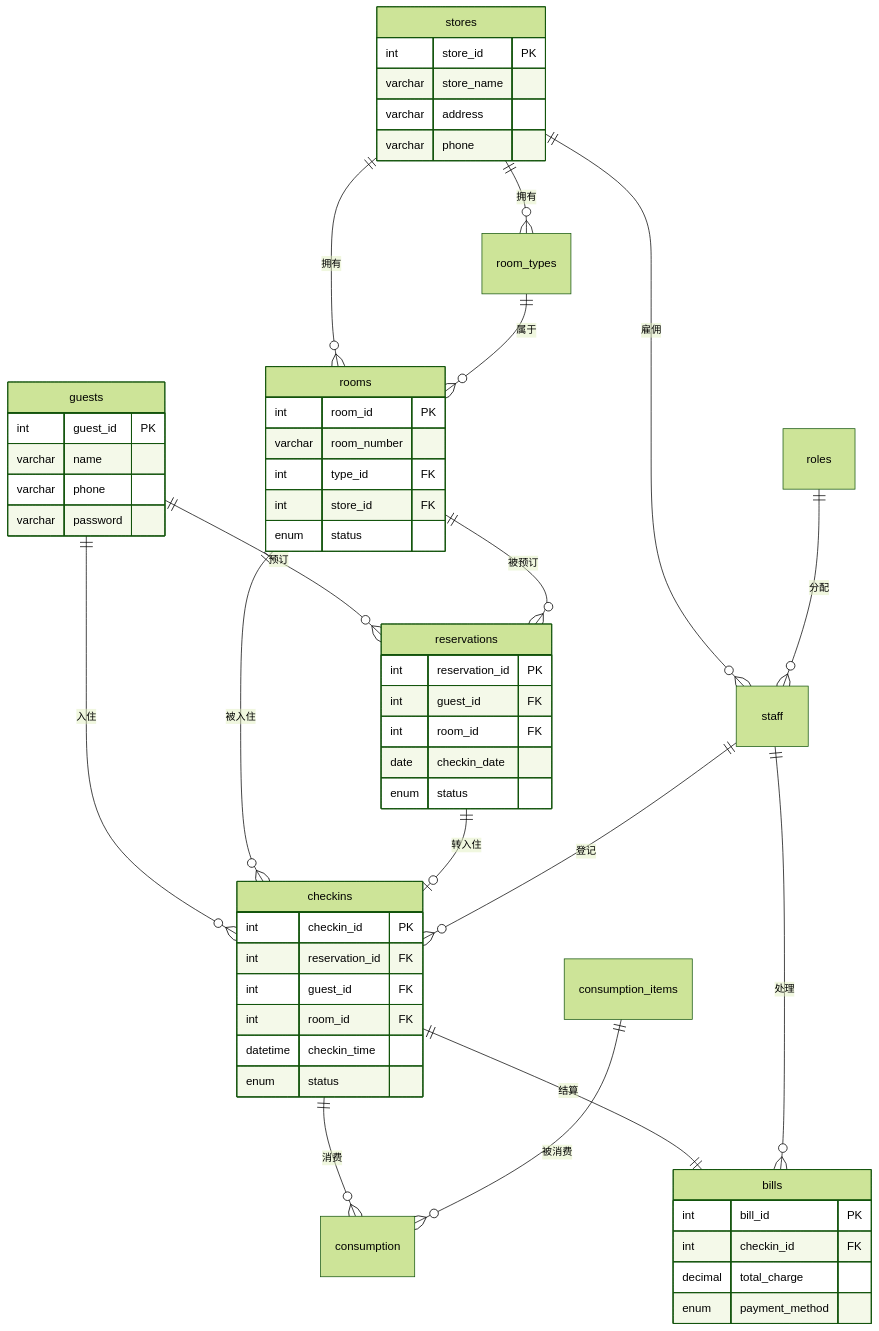
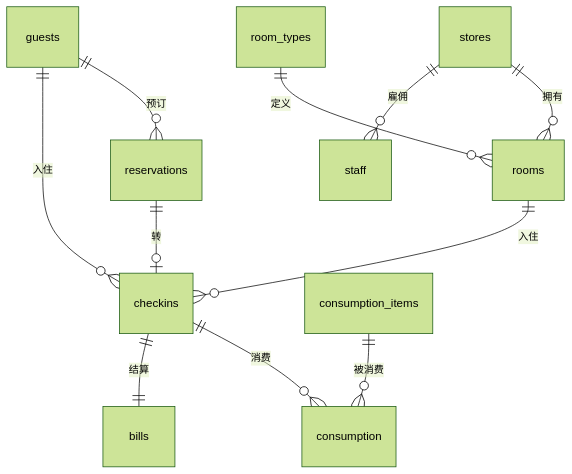
One commit to shen8614/shen_boke changed the second of 2 diagrams in posts/project/hotel-management.md. Above: the diagram before and after it, drawn with Mermaid (forest theme). The commit also changed other lines of this file and 6 other files, not shown here.

Commit message:
UI 精细化：Inter 字体、点阵/网格背景、精简 Mermaid 图表、Linear 风格配色

````diff
--- a/posts/project/hotel-management.md
+++ b/posts/project/hotel-management.md
@@ -150,59 +122,13 @@
 ```mermaid
 erDiagram
-    stores ||--o{ room_types : "拥有"
     stores ||--o{ rooms : "拥有"
     stores ||--o{ staff : "雇佣"
-    room_types ||--o{ rooms : "属于"
-    roles ||--o{ staff : "分配"
+    room_types ||--o{ rooms : "定义"
     guests ||--o{ reservations : "预订"
     guests ||--o{ checkins : "入住"
-    rooms ||--o{ reservations : "被预订"
-    rooms ||--o{ checkins : "被入住"
-    reservations ||--o| checkins : "转入住"
+    rooms ||--o{ checkins : "入住"
+    reservations ||--o| checkins : "转"
     checkins ||--o{ consumption : "消费"
+    checkins ||--|| bills : "结算"
     consumption_items ||--o{ consumption : "被消费"
-    checkins ||--|| bills : "结算"
-    staff ||--o{ checkins : "登记"
-    staff ||--o{ bills : "处理"
-
-    stores {
-        int store_id PK
-        varchar store_name
-        varchar address
-        varchar phone
-    }
-    rooms {
-        int room_id PK
-        varchar room_number
-        int type_id FK
-        int store_id FK
-        enum status
-    }
-    guests {
-        int guest_id PK
-        varchar name
-        varchar phone
-        varchar password
-    }
-    reservations {
-        int reservation_id PK
-        int guest_id FK
-        int room_id FK
-        date checkin_date
-        enum status
-    }
-    checkins {
-        int checkin_id PK
-        int reservation_id FK
-        int guest_id FK
-        int room_id FK
-        datetime checkin_time
-        enum status
-    }
-    bills {
-        int bill_id PK
-        int checkin_id FK
-        decimal total_charge
-        enum payment_method
-    }
 ```
````
